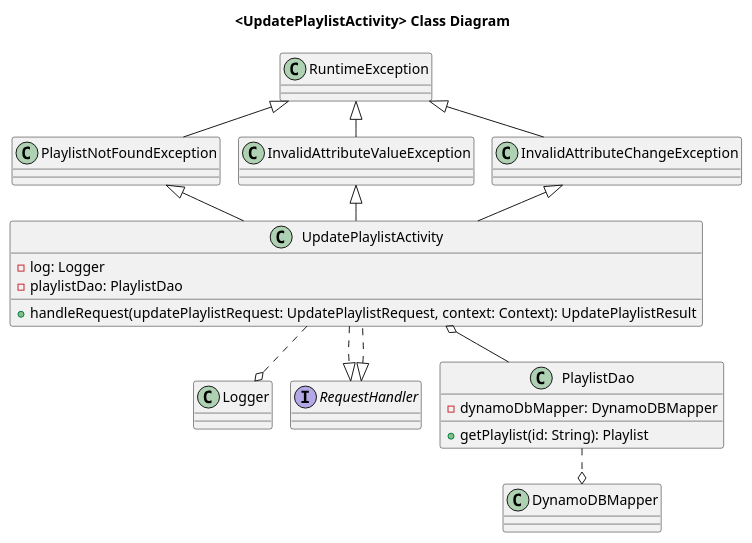
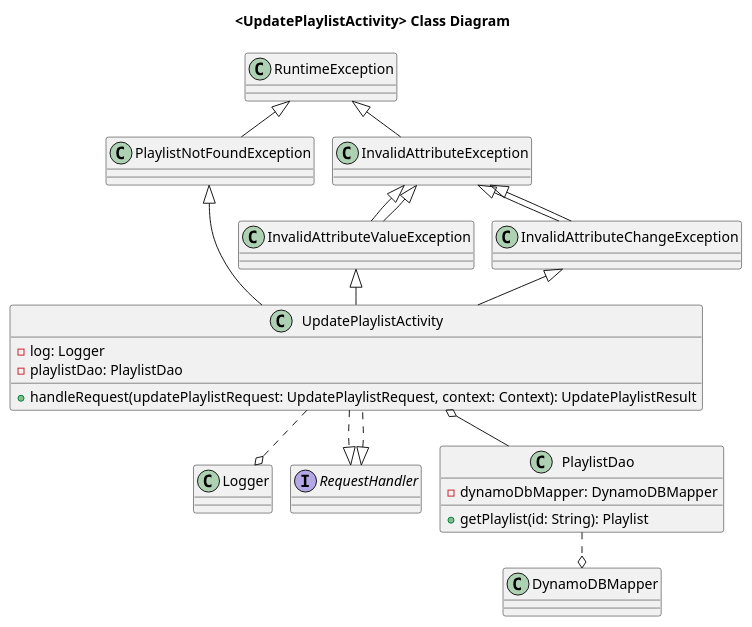
Before and after one commit to cybersister/bd-working-with-databases-music-playlist-service: the fifth of 6 diagrams in src/resources/mastery-task1-music-playlist-CD.puml, drawn with PlantUML. The commit also changed other lines of this file and 1 other file, not shown here.

Commit message:
finished implementing milestone 1 ... passing all associated tct tests for the class diagram design ... onto milestone 2

```diff
--- a/src/resources/mastery-task1-music-playlist-CD.puml
+++ b/src/resources/mastery-task1-music-playlist-CD.puml
@@ -162,37 +165,41 @@
 @startuml
 !pragma layout smetana
 
 title <UpdatePlaylistActivity> Class Diagram
 
 UpdatePlaylistActivity ..o Logger
 
 class UpdatePlaylistActivity implements RequestHandler {
     - log: Logger
     - playlistDao: PlaylistDao
 
     + handleRequest(updatePlaylistRequest: UpdatePlaylistRequest, context: Context): UpdatePlaylistResult
 }
 
 UpdatePlaylistActivity o-- PlaylistDao
 UpdatePlaylistActivity ..|> RequestHandler
 
 class PlaylistNotFoundException extends RuntimeException {
 }
-class InvalidAttributeValueException extends RuntimeException {
+class InvalidAttributeValueException extends InvalidAttributeException {
 }
-class InvalidAttributeChangeException extends RuntimeException {
+class InvalidAttributeChangeException extends InvalidAttributeException {
+}
+class InvalidAttributeException extends RuntimeException {
 }
 
 PlaylistNotFoundException <|-- UpdatePlaylistActivity
 InvalidAttributeValueException <|-- UpdatePlaylistActivity
 InvalidAttributeChangeException <|-- UpdatePlaylistActivity
+InvalidAttributeChangeException --|> InvalidAttributeException
+InvalidAttributeValueException --|> InvalidAttributeException
 
 class PlaylistDao {
     - dynamoDbMapper: DynamoDBMapper
 
     + getPlaylist(id: String): Playlist
 }
 
 PlaylistDao ..o DynamoDBMapper
 
 @enduml
```
